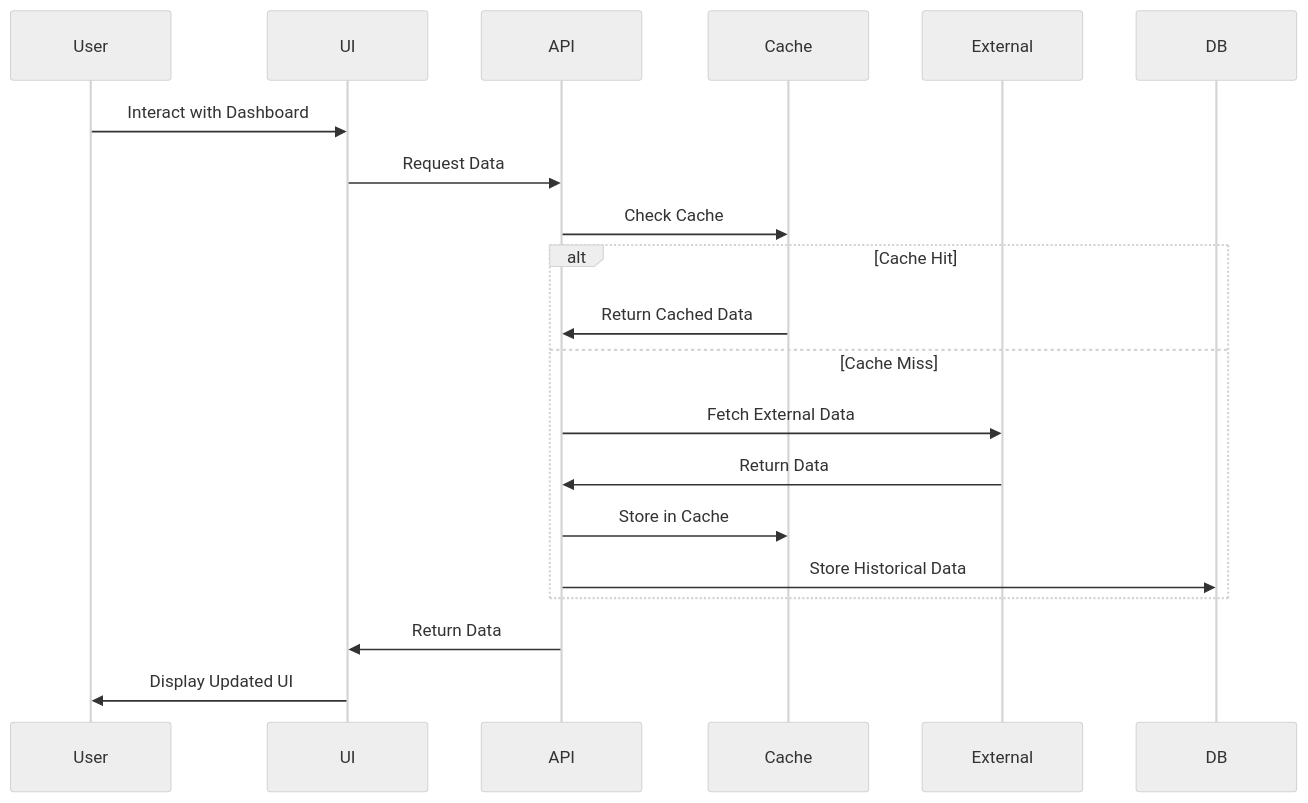
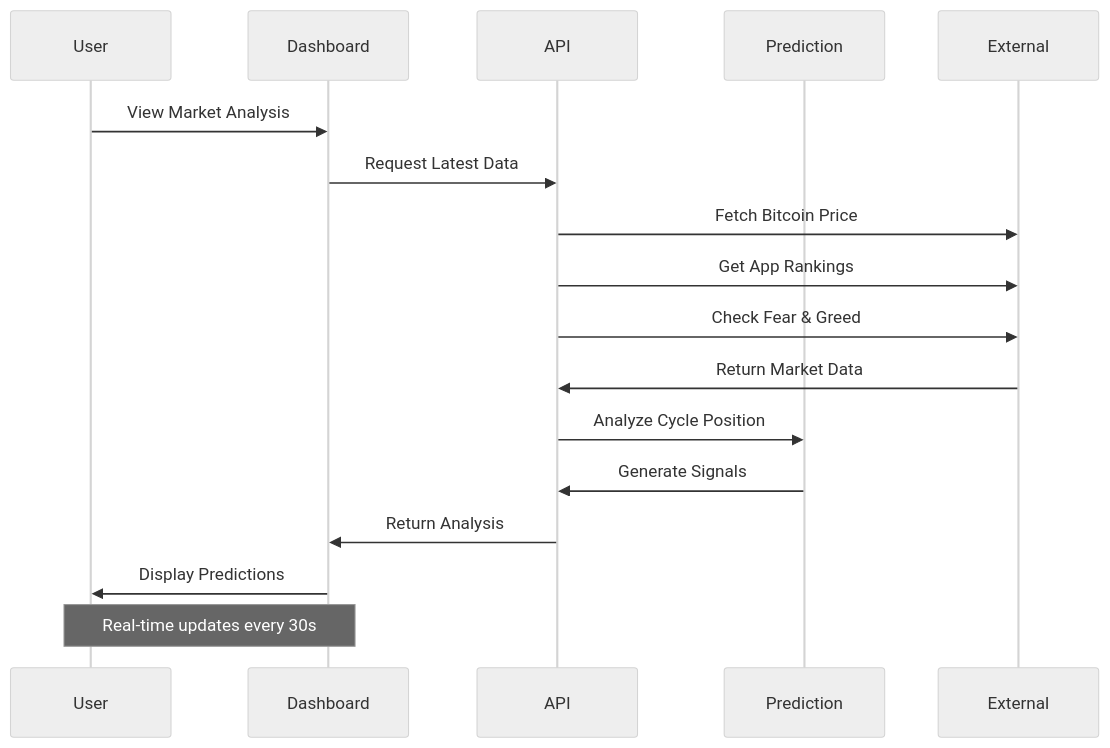
Before and after one commit to oxnr/picotop: the fourth of 14 diagrams in ARCHITECTURE.md, drawn with Mermaid (neutral theme). The commit also changed other lines of this file and 12 other files, not shown here.

````diff
--- a/ARCHITECTURE.md
+++ b/ARCHITECTURE.md
@@ -101,25 +126,22 @@
 ```mermaid
 sequenceDiagram
     participant User
-    participant UI
+    participant Dashboard
     participant API
-    participant Cache
+    participant Prediction
     participant External
-    participant DB
     
-    User->>UI: Interact with Dashboard
-    UI->>API: Request Data
-    API->>Cache: Check Cache
+    User->>Dashboard: View Market Analysis
+    Dashboard->>API: Request Latest Data
+    API->>External: Fetch Bitcoin Price
+    API->>External: Get App Rankings
+    API->>External: Check Fear & Greed
     
-    alt Cache Hit
-        Cache->>API: Return Cached Data
-    else Cache Miss
-        API->>External: Fetch External Data
-        External->>API: Return Data
-        API->>Cache: Store in Cache
-        API->>DB: Store Historical Data
-    end
+    External->>API: Return Market Data
+    API->>Prediction: Analyze Cycle Position
+    Prediction->>API: Generate Signals
+    API->>Dashboard: Return Analysis
+    Dashboard->>User: Display Predictions
     
-    API->>UI: Return Data
-    UI->>User: Display Updated UI
+    Note over Dashboard,User: Real-time updates every 30s
 ```
````
